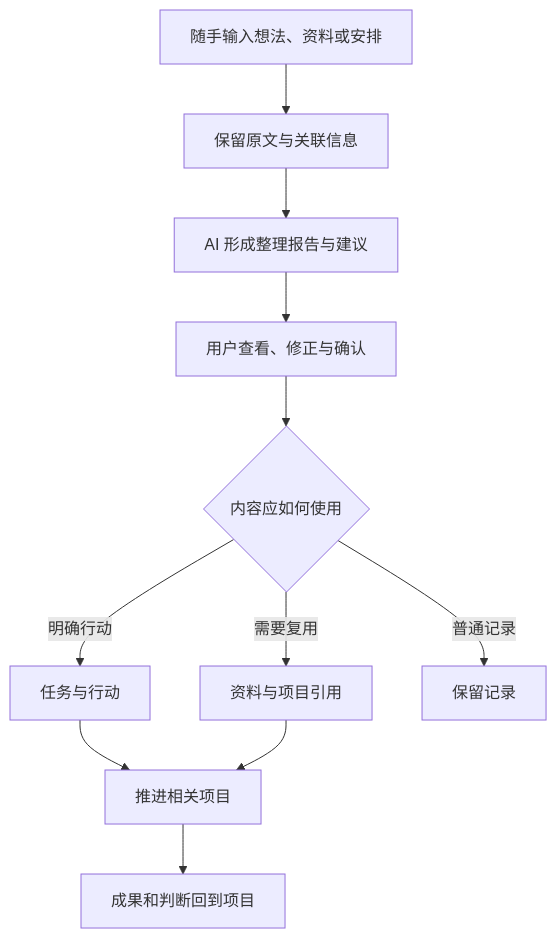
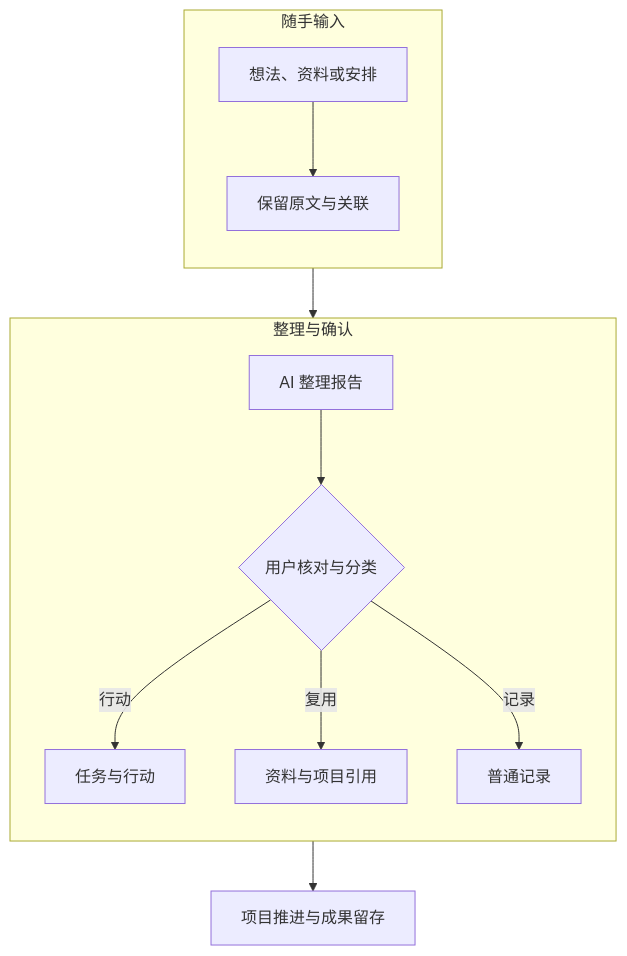
Before and after one commit to cytlabs/personal-site: the first of 2 diagrams in content/cases/intent.md, drawn with Mermaid. The commit also changed other lines of this file and 17 other files, not shown here.

Commit message:
统一图表排版与主题并支持大图查看

````diff
--- a/content/cases/intent.md
+++ b/content/cases/intent.md
@@ -17,13 +17,16 @@
 ```mermaid
 flowchart TD
-    A["随手输入想法、资料或安排"] --> B["保留原文与关联信息"]
-    B --> C["AI 形成整理报告与建议"]
-    C --> D["用户查看、修正与确认"]
-    D --> E{"内容应如何使用"}
-    E -->|明确行动| F["任务与行动"]
-    E -->|需要复用| G["资料与项目引用"]
-    E -->|普通记录| H["保留记录"]
-    F --> I["推进相关项目"]
-    G --> I
-    I --> J["成果和判断回到项目"]
+    subgraph CAPTURE["随手输入"]
+        direction TB
+        A["想法、资料或安排"] --> B["保留原文与关联"]
+    end
+    subgraph ORGANIZE["整理与确认"]
+        direction TB
+        C["AI 整理报告"] --> D{"用户核对与分类"}
+        D -->|行动| E["任务与行动"]
+        D -->|复用| F["资料与项目引用"]
+        D -->|记录| G["普通记录"]
+    end
+    CAPTURE --> ORGANIZE
+    ORGANIZE --> H["项目推进与成果留存"]
 ```
````
